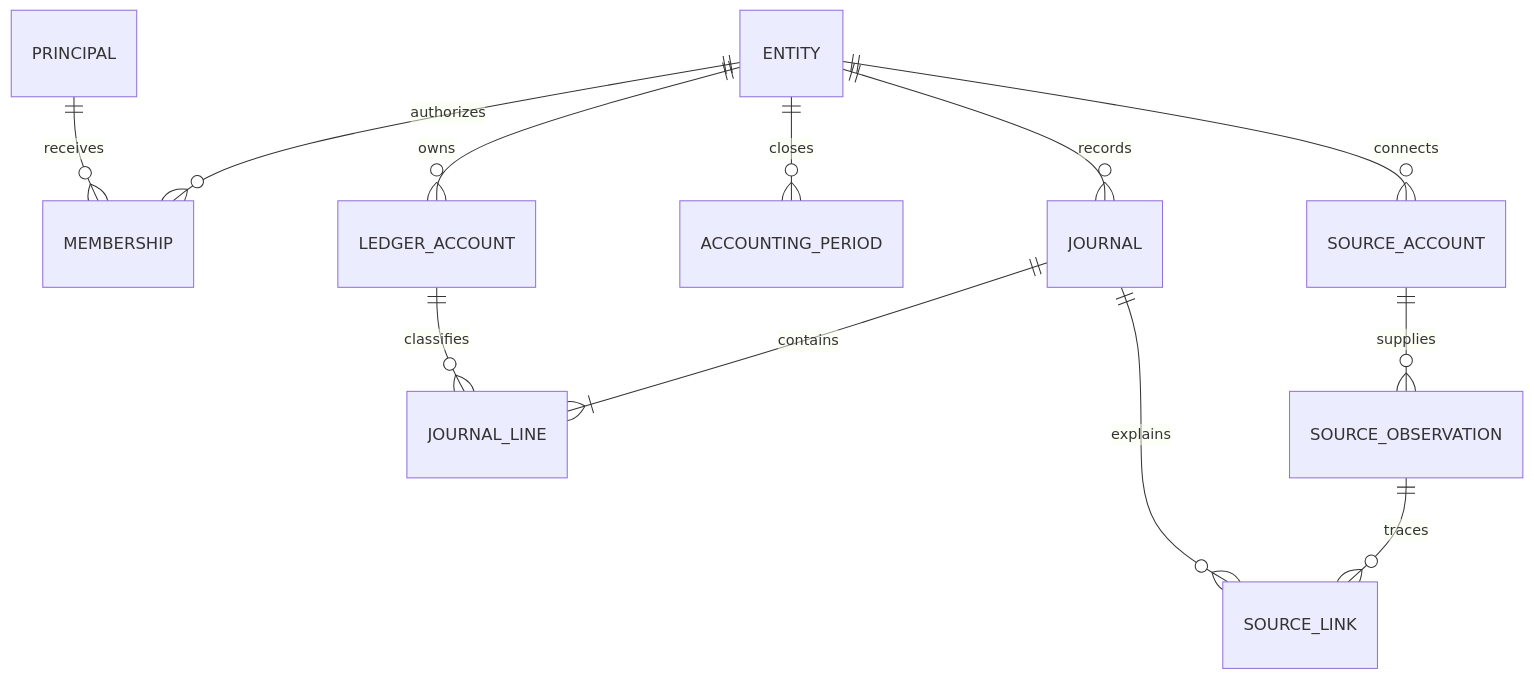
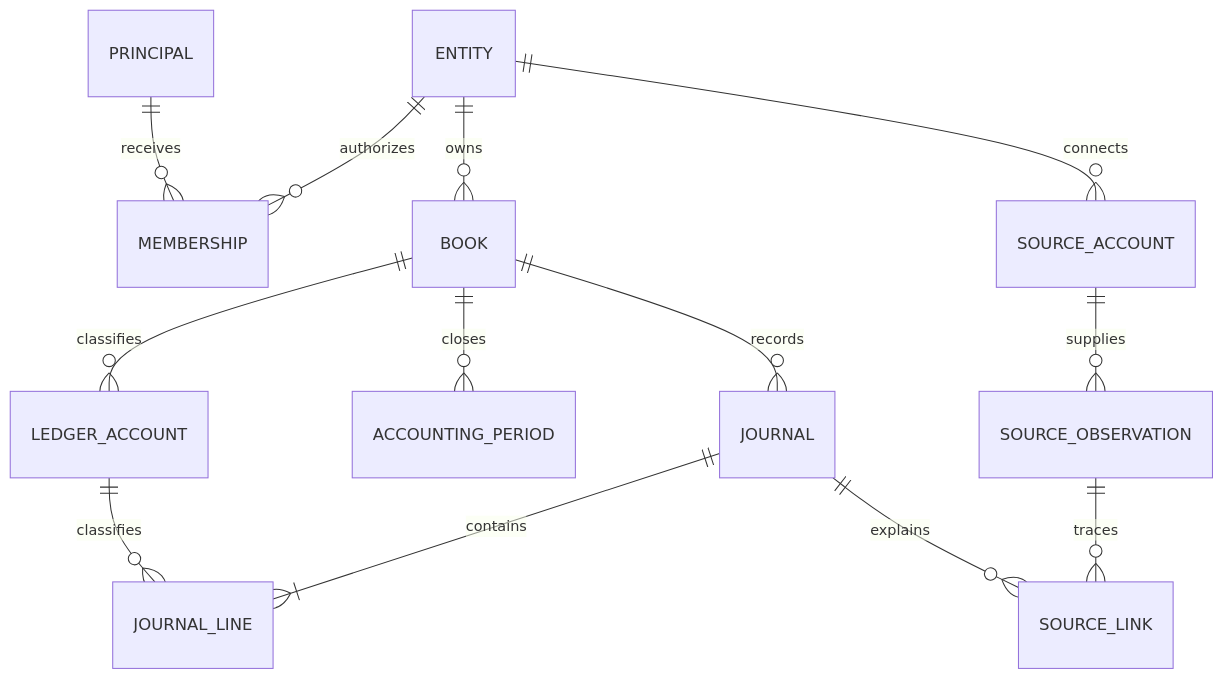
Before and after one commit to justin-napolitano/jayburd-bookkeeping: the diagram in docs/contracts/database.md, drawn with Mermaid. The commit also changed other lines of this file and 14 other files, not shown here.

Commit message:
Specify domain schemas and first ledger SQL and API contracts

````diff
--- a/docs/contracts/database.md
+++ b/docs/contracts/database.md
@@ -15,14 +29,15 @@
 ```mermaid
 erDiagram
     ENTITY ||--o{ MEMBERSHIP : authorizes
     PRINCIPAL ||--o{ MEMBERSHIP : receives
-    ENTITY ||--o{ LEDGER_ACCOUNT : owns
-    ENTITY ||--o{ ACCOUNTING_PERIOD : closes
-    ENTITY ||--o{ JOURNAL : records
+    ENTITY ||--o{ BOOK : owns
+    BOOK ||--o{ LEDGER_ACCOUNT : classifies
+    BOOK ||--o{ ACCOUNTING_PERIOD : closes
+    BOOK ||--o{ JOURNAL : records
     JOURNAL ||--|{ JOURNAL_LINE : contains
     LEDGER_ACCOUNT ||--o{ JOURNAL_LINE : classifies
     ENTITY ||--o{ SOURCE_ACCOUNT : connects
     SOURCE_ACCOUNT ||--o{ SOURCE_OBSERVATION : supplies
     SOURCE_OBSERVATION ||--o{ SOURCE_LINK : traces
     JOURNAL ||--o{ SOURCE_LINK : explains
 ```
````
